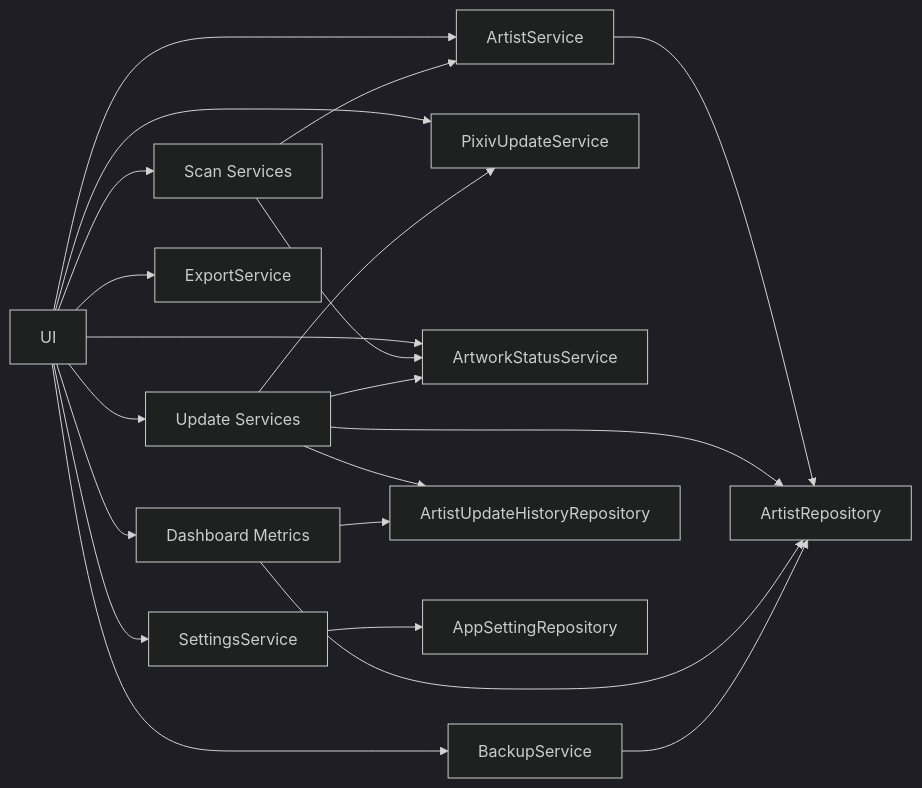
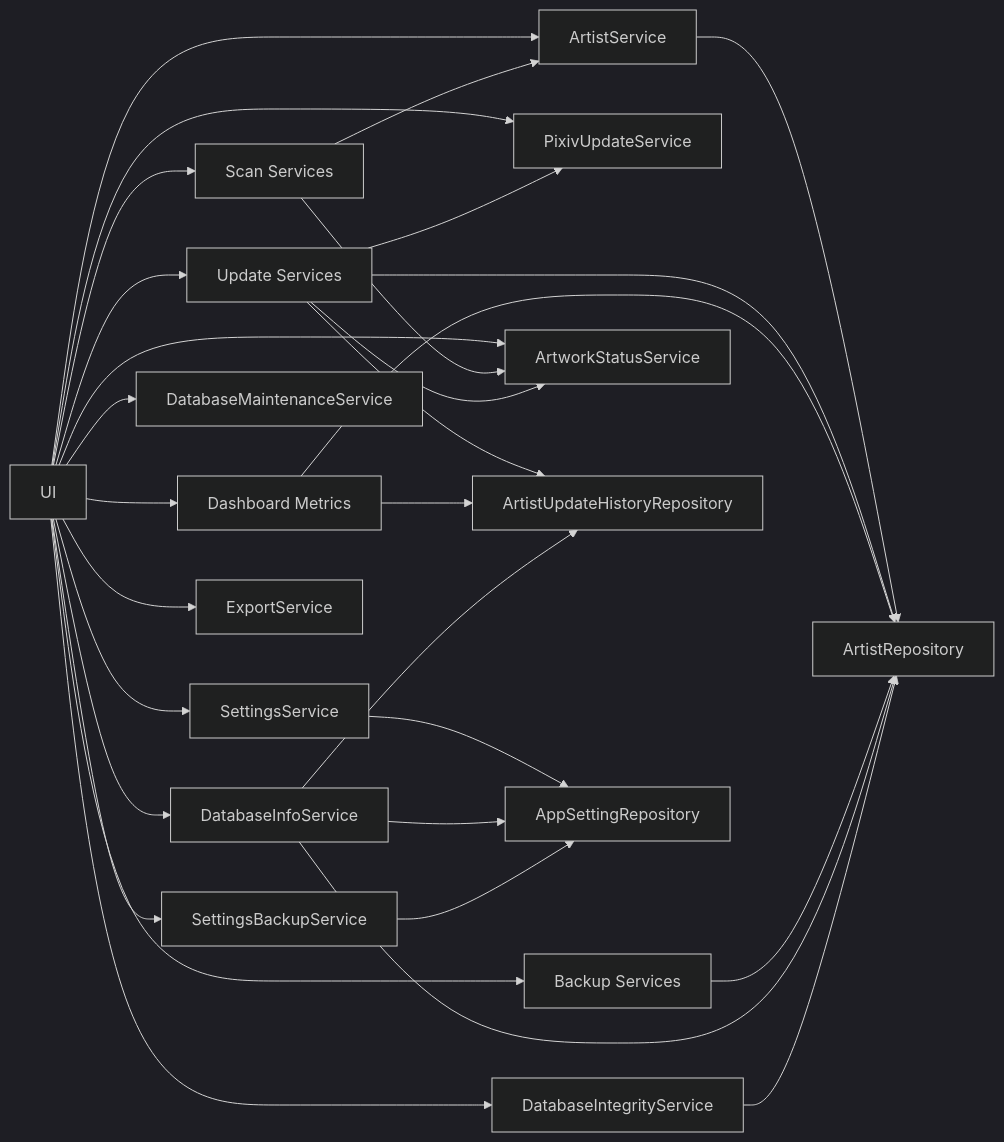
The diagram in docs/08_SERVICES.md (PKT0623/PixivLocalManager), drawn with Mermaid (dark theme) before and after one commit. The commit also changed other lines of this file and 3 other files, not shown here.

````diff
--- a/docs/08_SERVICES.md
+++ b/docs/08_SERVICES.md
@@ -66,32 +73,47 @@
 ```mermaid
 flowchart LR
 
 UI[UI]
 
 UI --> ARTIST[ArtistService]
 UI --> SCAN[Scan Services]
 UI --> UPDATE[Update Services]
 UI --> DASHBOARD[Dashboard Metrics]
 UI --> PIXIV[PixivUpdateService]
+
+UI --> BACKUP[Backup Services]
+UI --> SETTINGS[SettingsService]
+
+UI --> DBINFO[DatabaseInfoService]
+UI --> DBCHECK[DatabaseIntegrityService]
+UI --> DBMAINT[DatabaseMaintenanceService]
+UI --> SETTINGBACKUP[SettingsBackupService]
+
 UI --> STATUS[ArtworkStatusService]
-UI --> BACKUP[BackupService]
 UI --> EXPORT[ExportService]
-UI --> SETTINGS[SettingsService]
 
 ARTIST --> ARTIST_REPO[ArtistRepository]
 
 SCAN --> ARTIST
 SCAN --> STATUS
 
 UPDATE --> ARTIST_REPO
 UPDATE --> HISTORY_REPO[ArtistUpdateHistoryRepository]
 UPDATE --> STATUS
 UPDATE --> PIXIV
 
 DASHBOARD --> ARTIST_REPO
 DASHBOARD --> HISTORY_REPO
 
 BACKUP --> ARTIST_REPO
 
 SETTINGS --> SETTING_REPO[AppSettingRepository]
+
+DBINFO --> ARTIST_REPO
+DBINFO --> HISTORY_REPO
+DBINFO --> SETTING_REPO
+
+DBCHECK --> ARTIST_REPO
+
+SETTINGBACKUP --> SETTING_REPO
 ```
````
